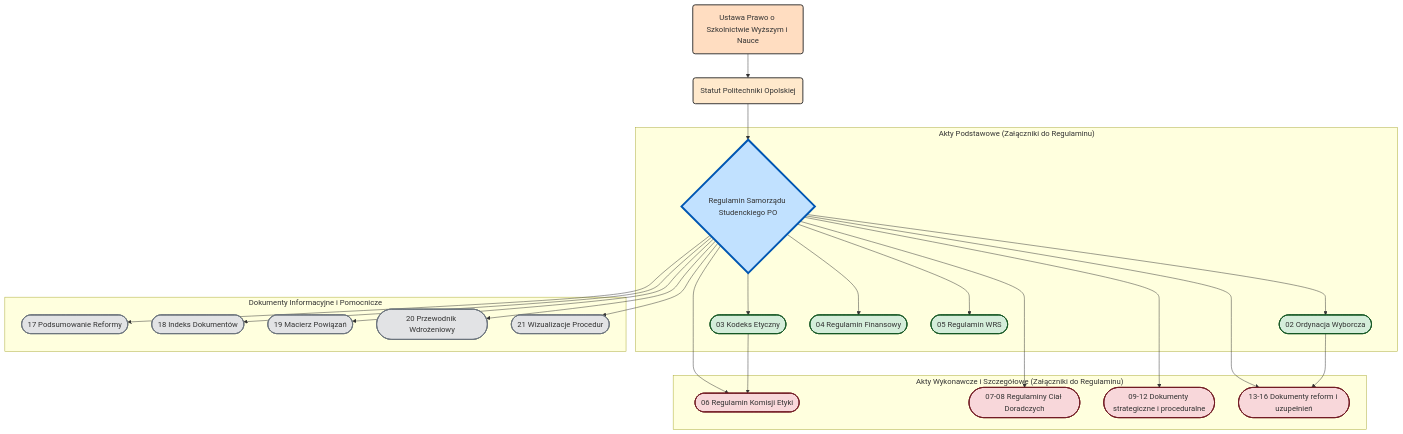
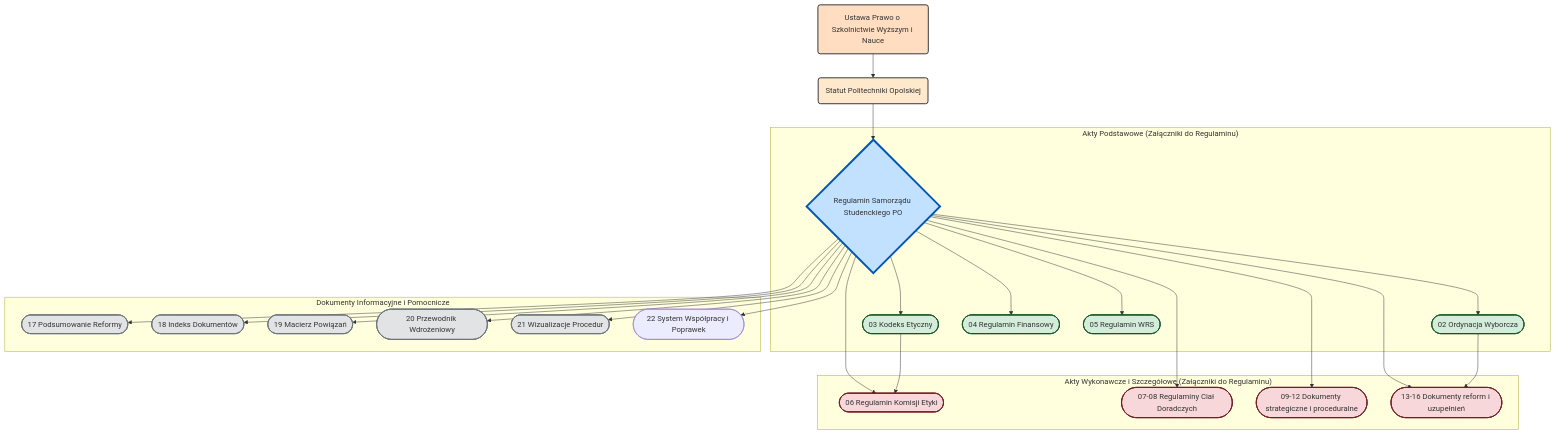
The fourth of 9 diagrams in 21-procedury-wizualizacje.md (lkolo-prez/regulamin-v3), drawn with Mermaid before and after one commit. The commit also changed other lines of this file and 14 other files, not shown here.

````diff
--- a/21-procedury-wizualizacje.md
+++ b/21-procedury-wizualizacje.md
@@ -125,56 +160,58 @@
 ```mermaid
 graph TD
     A(Ustawa Prawo o Szkolnictwie Wyższym i Nauce) --> B(Statut Politechniki Opolskiej);
     B --> C{Regulamin Samorządu Studenckiego PO};
     
     subgraph "Akty Podstawowe (Załączniki do Regulaminu)"
         C --> D1([02 Ordynacja Wyborcza]);
         C --> D2([03 Kodeks Etyczny]);
         C --> D3([04 Regulamin Finansowy]);
         C --> D4([05 Regulamin WRS]);
     end
 
     subgraph "Akty Wykonawcze i Szczegółowe (Załączniki do Regulaminu)"
         C --> E1([06 Regulamin Komisji Etyki]);
         C --> E2([07-08 Regulaminy Ciał Doradczych]);
         C --> E3([09-12 Dokumenty strategiczne i proceduralne]);
         C --> E4([13-16 Dokumenty reform i uzupełnień]);
     end
 
     subgraph "Dokumenty Informacyjne i Pomocnicze"
         C --> F1([17 Podsumowanie Reformy]);
         C --> F2([18 Indeks Dokumentów]);
         C --> F3([19 Macierz Powiązań]);
         C --> F4([20 Przewodnik Wdrożeniowy]);
         C --> F5([21 Wizualizacje Procedur]);
+        C --> F6([22 System Współpracy i Poprawek]);
     end
 
     D1 --> E4;
     D2 --> E1;
 
     click C "./01-regulamin-sspo.md" "Zobacz Regulamin SSPO"
     click D1 "./02-ordynacja-wyborcza.md" "Zobacz Ordynację Wyborczą"
     click D2 "./03-kodeks-etyczny.md" "Zobacz Kodeks Etyczny"
     click D3 "./04-regulamin-finansowy.md" "Zobacz Regulamin Finansowy"
     click D4 "./05-regulamin-wrs.md" "Zobacz Regulamin WRS"
     click E1 "./06-regulamin-komisji-etyki.md" "Zobacz Regulamin Komisji Etyki"
     click F4 "./20-przewodnik-wdrozeniowy.md" "Zobacz Przewodnik"
     click F5 "./21-procedury-wizualizacje.md" "Zobacz Wizualizacje"
+    click F6 "./22-system-wspolpracy.md" "Zobacz System Współpracy"
 
     style A fill:#FFDDC1,stroke:#333,stroke-width:2px
     style B fill:#FFE9CC,stroke:#333,stroke-width:2px
     style C fill:#C1E1FF,stroke:#0056b3,stroke-width:4px
     style D1 fill:#D4EDDA,stroke:#155724,stroke-width:2px
     style D2 fill:#D4EDDA,stroke:#155724,stroke-width:2px
     style D3 fill:#D4EDDA,stroke:#155724,stroke-width:2px
     style D4 fill:#D4EDDA,stroke:#155724,stroke-width:2px
     style E1 fill:#F8D7DA,stroke:#721c24,stroke-width:2px
     style E2 fill:#F8D7DA,stroke:#721c24,stroke-width:2px
     style E3 fill:#F8D7DA,stroke:#721c24,stroke-width:2px
     style E4 fill:#F8D7DA,stroke:#721c24,stroke-width:2px
     style F1 fill:#E2E3E5,stroke:#6c757d,stroke-width:2px
     style F2 fill:#E2E3E5,stroke:#6c757d,stroke-width:2px
     style F3 fill:#E2E3E5,stroke:#6c757d,stroke-width:2px
     style F4 fill:#E2E3E5,stroke:#6c757d,stroke-width:2px
     style F5 fill:#E2E3E5,stroke:#6c757d,stroke-width:2px
 ```
````
